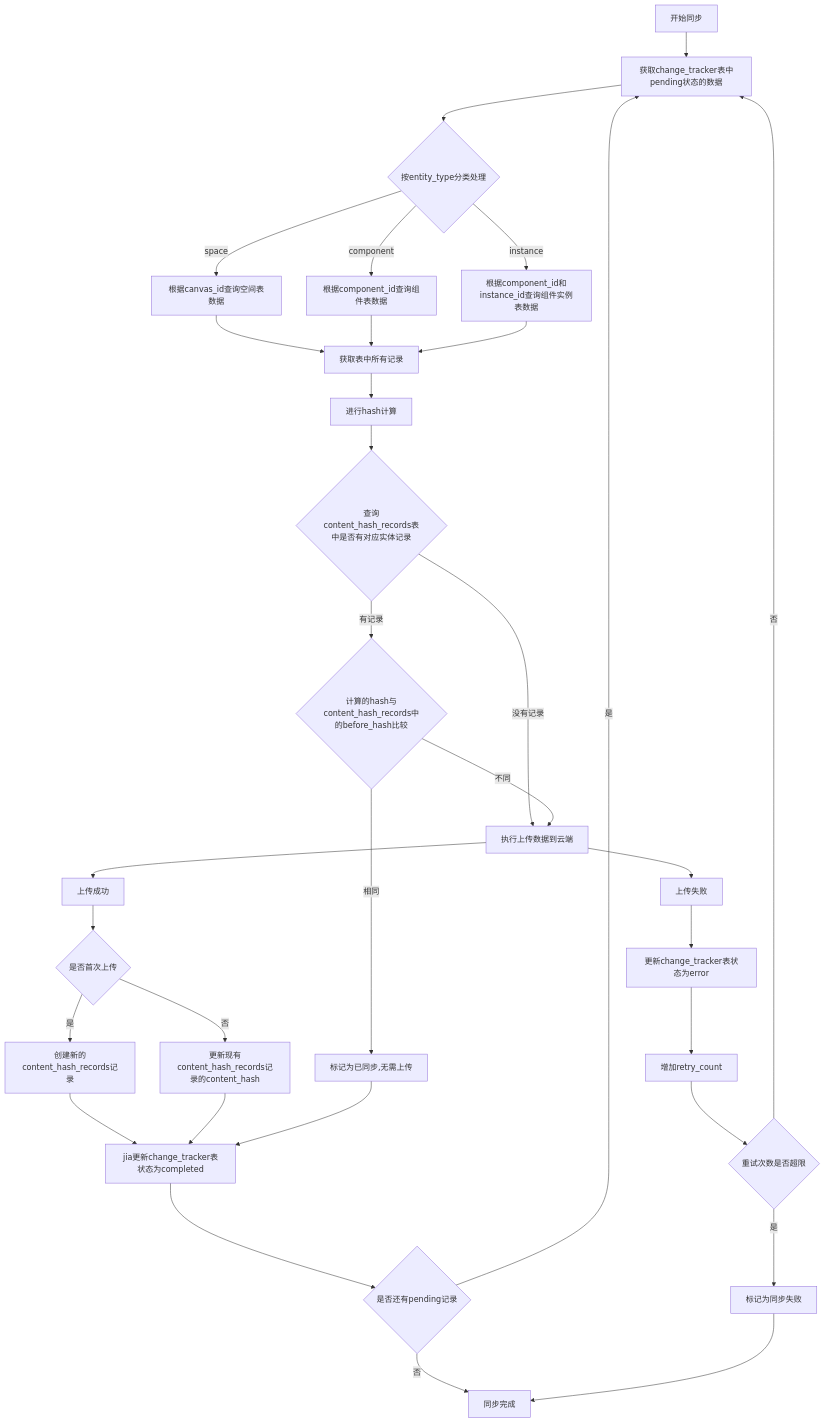
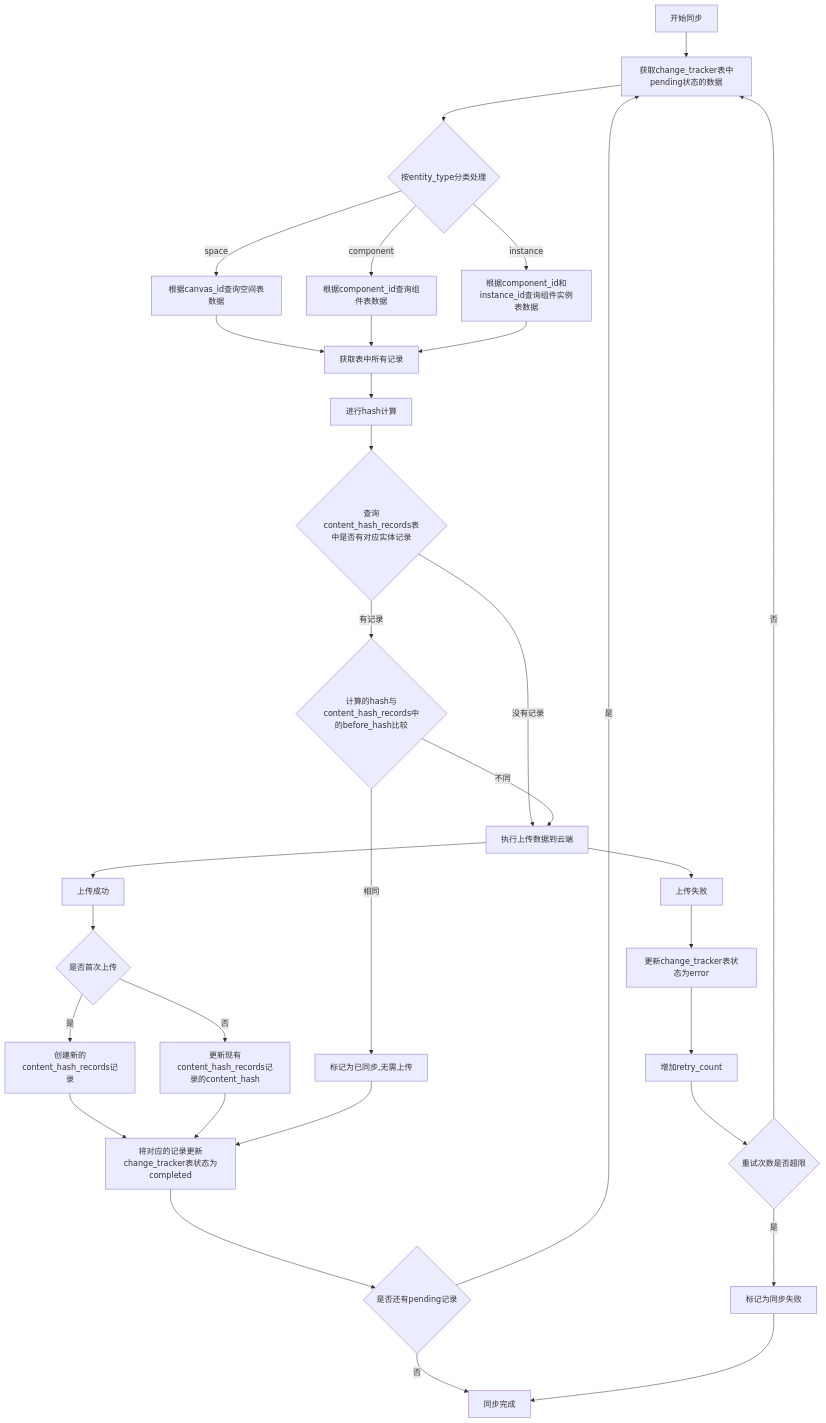
The diagram in all/未命名-44.md (yingjianzh/iodraw-files), drawn with Mermaid before and after one commit.

Commit message:
2025-04-27 10:29:49 update

````diff
--- a/all/未命名-44.md
+++ b/all/未命名-44.md
@@ -1,47 +1,47 @@
 ```mermaid
 
 flowchart TD
     A[开始同步] --> B[获取change_tracker表中pending状态的数据]
     B --> C{按entity_type分类处理}
     
     C -->|space| D1[根据canvas_id查询空间表数据]
     C -->|component| D2[根据component_id查询组件表数据]
     C -->|instance| D3[根据component_id和instance_id查询组件实例表数据]
     
     D1 --> E1[获取表中所有记录]
     D2 --> E1
     D3 --> E1
     
     E1 --> E2[进行hash计算]
     
     
     E2 --> I1{查询content_hash_records表中是否有对应实体记录}
     I1 -->|没有记录| K[执行上传数据到云端]
     I1 -->|有记录| I2{计算的hash与content_hash_records中的before_hash比较}
     I2 -->|相同| J[标记为已同步,无需上传]
     I2 -->|不同| K
     
     K --> L[上传成功]
     L --> M1{是否首次上传}
     M1 -->|是| M2[创建新的content_hash_records记录]
     M1 -->|否| M3[更新现有content_hash_records记录的content_hash]
     
-    M2 --> N[jia更新change_tracker表状态为completed]
+    M2 --> N[将对应的记录更新change_tracker表状态为completed]
     M3 --> N
     
     J --> N
     
     N --> O{是否还有pending记录}
     O -->|是| B
     O -->|否| P[同步完成]
     
     K --> Q[上传失败]
     Q --> R[更新change_tracker表状态为error]
     R --> S[增加retry_count]
     S --> T{重试次数是否超限}
     T -->|是| U[标记为同步失败]
     T -->|否| B
     
     U --> P
 
 ```
````
